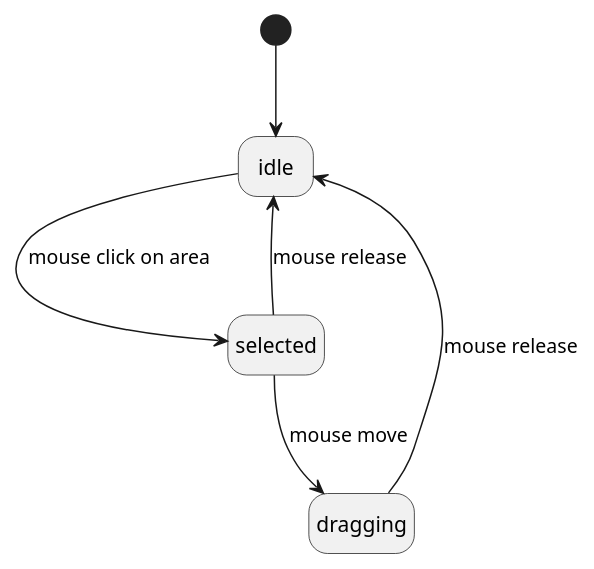
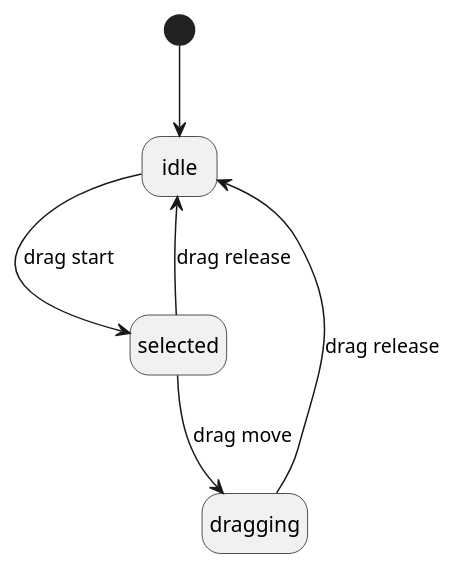
The diagram in src/Sandbox/diagrams/drag-n-drop-state.puml (SnekTech/GodotSandbox), drawn with PlantUML before and after one commit. The commit also changed 5 other files, not shown here.

Commit message:
modelling drag input for dragging FSM

```diff
--- a/src/Sandbox/diagrams/drag-n-drop-state.puml
+++ b/src/Sandbox/diagrams/drag-n-drop-state.puml
@@ -1,20 +1,20 @@
 @startuml
 'https://plantuml.com/state-diagram
 
 hide empty description
 
 state idle
 state dragging
 state selected
 
 [*] --> idle
 
-idle --> selected : mouse click on area
+idle --> selected : drag start
 
-selected --> dragging : mouse move
+selected --> dragging : drag move
 
-selected --> idle : mouse release
+selected --> idle : drag release
 
-dragging --> idle : mouse release
+dragging --> idle : drag release
 
 @enduml
```
